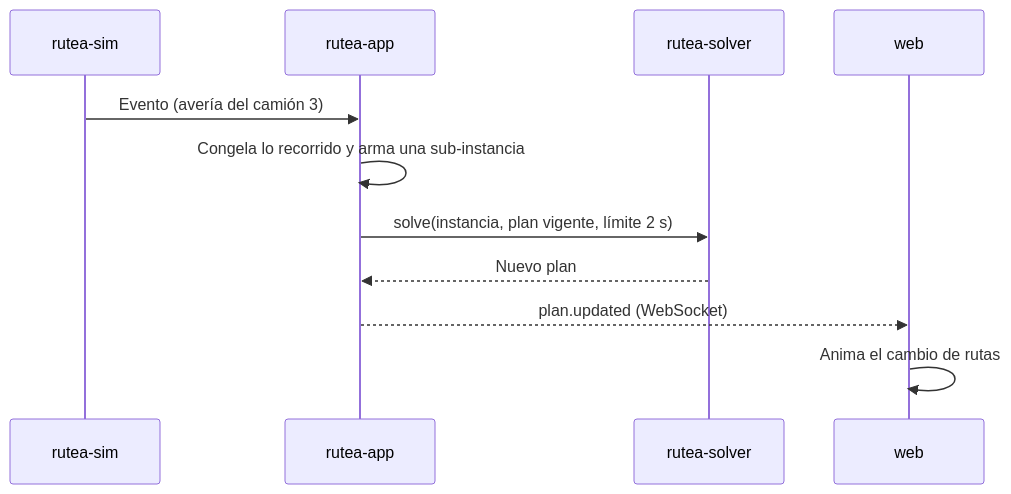
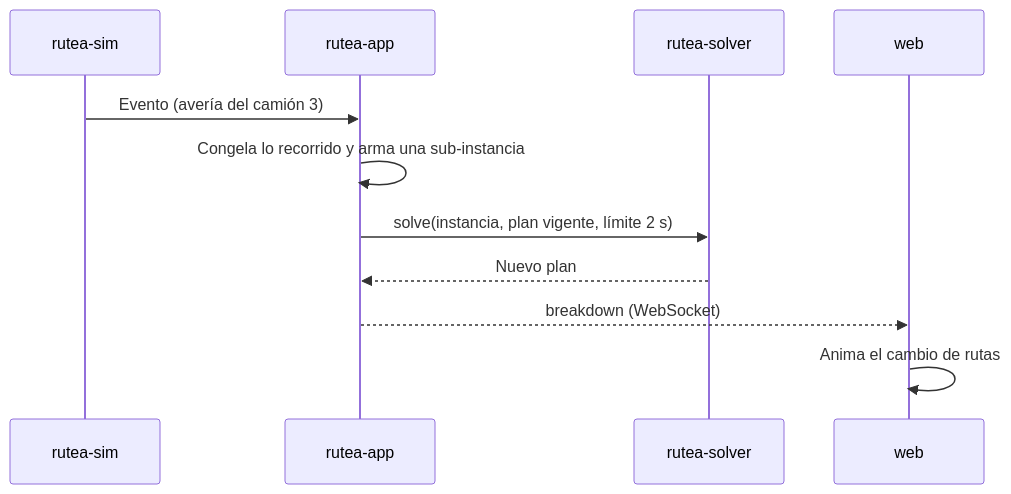
The second of 2 diagrams in docs/arquitectura.md (YmidOrtega/Rutea), drawn with Mermaid before and after one commit. The commit also changed other lines of this file and 5 other files, not shown here.

````diff
--- a/docs/arquitectura.md
+++ b/docs/arquitectura.md
@@ -98,13 +98,13 @@
 ```mermaid
 sequenceDiagram
   participant SIM as rutea-sim
   participant APP as rutea-app
   participant SOL as rutea-solver
   participant WEB as web
   SIM->>APP: Evento (avería del camión 3)
   APP->>APP: Congela lo recorrido y arma una sub-instancia
   APP->>SOL: solve(instancia, plan vigente, límite 2 s)
   SOL-->>APP: Nuevo plan
-  APP-->>WEB: plan.updated (WebSocket)
+  APP-->>WEB: breakdown (WebSocket)
   WEB->>WEB: Anima el cambio de rutas
 ```
````
